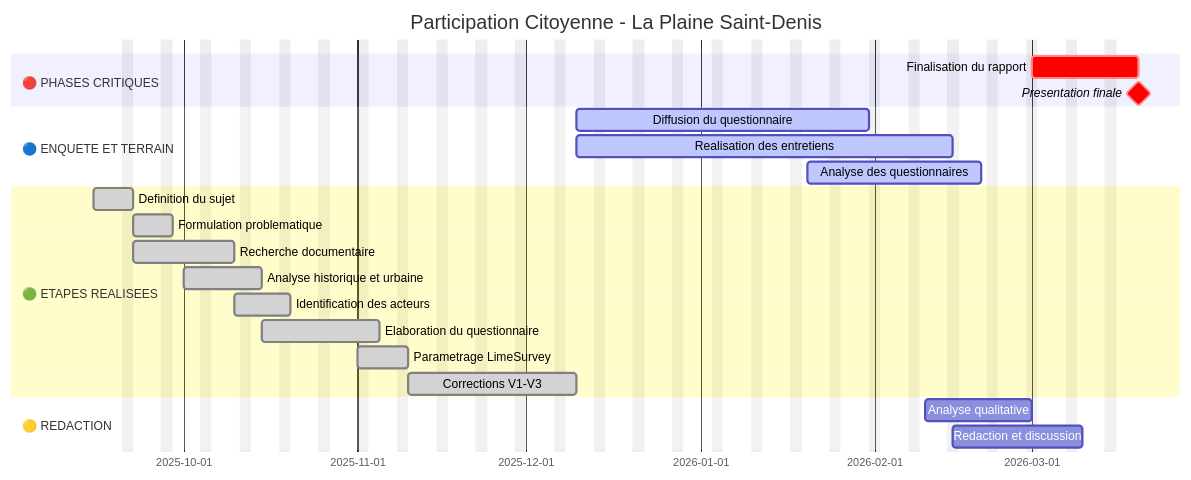
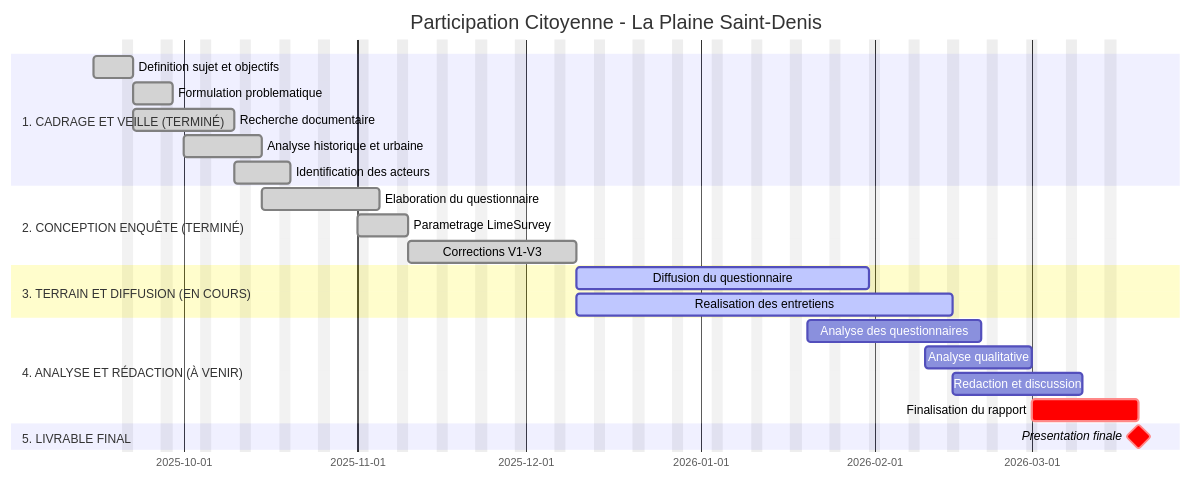
One commit to kahiarchi/LeBatiment_PlaineSaintDenis changed the diagram in etatAvancement.md. Above: the diagram before and after it, drawn with Mermaid.

Commit message:
Update project phases and sections in etatAvancement.md

````diff
--- a/etatAvancement.md
+++ b/etatAvancement.md
@@ -1,29 +1,31 @@
 ```mermaid
 gantt
     dateFormat  YYYY-MM-DD
     title Participation Citoyenne - La Plaine Saint-Denis
     excludes weekends
 
-    section 🔴 PHASES CRITIQUES
-    Finalisation du rapport          :crit, t19, 2026-03-01, 2026-03-20
-    Presentation finale              :crit, milestone, 2026-03-20, 0d
-
-    section 🔵 ENQUETE ET TERRAIN
-    Diffusion du questionnaire       :active, t12, 2025-12-10, 2026-01-31
-    Realisation des entretiens       :active, t15, 2025-12-10, 2026-02-15
-    Analyse des questionnaires       :active, t16, 2026-01-20, 2026-02-20
-
-    section 🟢 ETAPES REALISEES
-    Definition du sujet              :done, t1, 2025-09-15, 2025-09-22
+    section 1. CADRAGE ET VEILLE (TERMINÉ)
+    Definition sujet et objectifs    :done, t1, 2025-09-15, 2025-09-22
     Formulation problematique        :done, t2, 2025-09-22, 2025-09-29
     Recherche documentaire           :done, t3, 2025-09-22, 2025-10-10
     Analyse historique et urbaine    :done, t5, 2025-10-01, 2025-10-15
     Identification des acteurs       :done, t6, 2025-10-10, 2025-10-20
+
+    section 2. CONCEPTION ENQUÊTE (TERMINÉ)
     Elaboration du questionnaire     :done, t7, 2025-10-15, 2025-11-05
     Parametrage LimeSurvey           :done, t8, 2025-11-01, 2025-11-10
     Corrections V1-V3                :done, t9, 2025-11-10, 2025-12-10
 
-    section 🟡 REDACTION
+    section 3. TERRAIN ET DIFFUSION (EN COURS)
+    Diffusion du questionnaire       :active, t12, 2025-12-10, 2026-01-31
+    Realisation des entretiens       :active, t15, 2025-12-10, 2026-02-15
+
+    section 4. ANALYSE ET RÉDACTION (À VENIR)
+    Analyse des questionnaires       :t16, 2026-01-20, 2026-02-20
     Analyse qualitative              :t17, 2026-02-10, 2026-03-01
     Redaction et discussion          :t18, 2026-02-15, 2026-03-10
+    Finalisation du rapport          :crit, t19, 2026-03-01, 2026-03-20
+
+    section 5. LIVRABLE FINAL
+    Presentation finale              :crit, milestone, 2026-03-20, 0d
 ```
````
